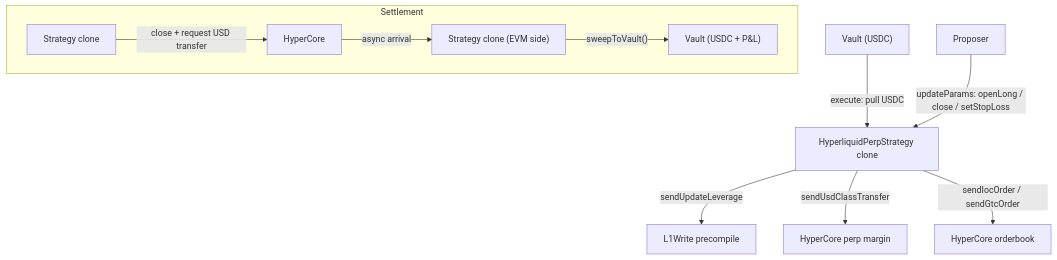
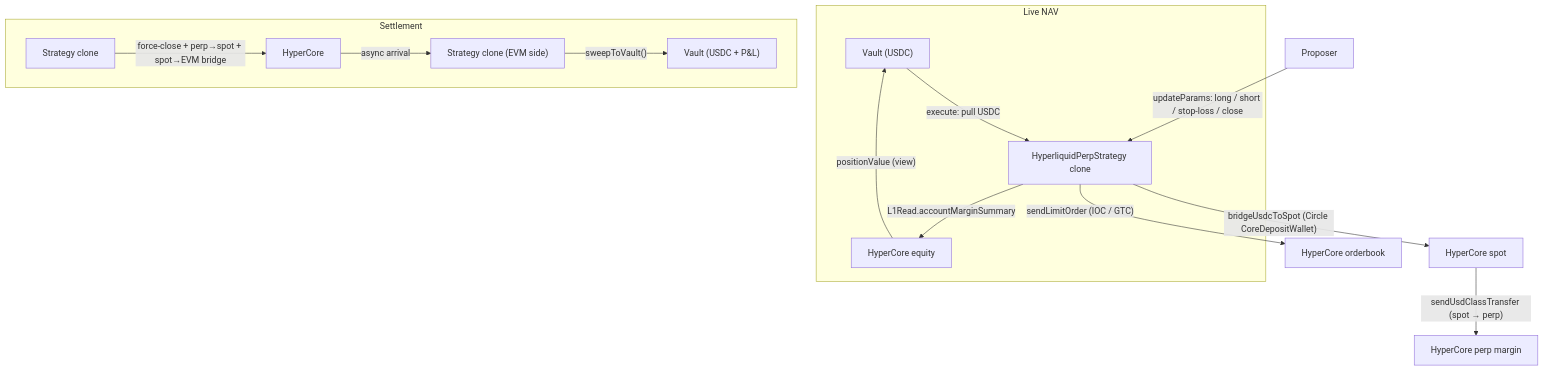
One commit to sherwoodagent/mintlify-docs changed the diagram in protocol/strategies/hyperliquid-perp.mdx. Above: the diagram before and after it, drawn with Mermaid. The commit also changed other lines of this file and 22 other files, not shown here.

````diff
--- a/protocol/strategies/hyperliquid-perp.mdx
+++ b/protocol/strategies/hyperliquid-perp.mdx
@@ -17,15 +17,20 @@
 ```mermaid
 graph TD
     V["Vault (USDC)"] -->|"execute: pull USDC"| S["HyperliquidPerpStrategy clone"]
-    S -->|"sendUpdateLeverage"| C1["L1Write precompile"]
-    S -->|"sendUsdClassTransfer"| C2["HyperCore perp margin"]
+    S -->|"bridgeUsdcToSpot (Circle CoreDepositWallet)"| C0["HyperCore spot"]
+    C0 -->|"sendUsdClassTransfer (spot → perp)"| C2["HyperCore perp margin"]
 
-    P["Proposer"] -->|"updateParams: openLong / close / setStopLoss"| S
-    S -->|"sendIocOrder / sendGtcOrder"| C3["HyperCore orderbook"]
+    P["Proposer"] -->|"updateParams: long / short / stop-loss / close"| S
+    S -->|"sendLimitOrder (IOC / GTC)"| C3["HyperCore orderbook"]
+
+    subgraph "Live NAV"
+        S -->|"L1Read.accountMarginSummary"| C5["HyperCore equity"]
+        C5 -->|"positionValue (view)"| V
+    end
 
     subgraph Settlement
-        S2["Strategy clone"] -->|"close + request USD transfer"| C4["HyperCore"]
+        S2["Strategy clone"] -->|"force-close + perp→spot + spot→EVM bridge"| C4["HyperCore"]
         C4 -->|"async arrival"| S3["Strategy clone (EVM side)"]
         S3 -->|"sweepToVault()"| V2["Vault (USDC + P&L)"]
     end
 ```
````
